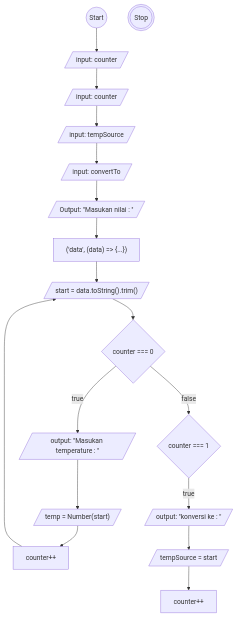
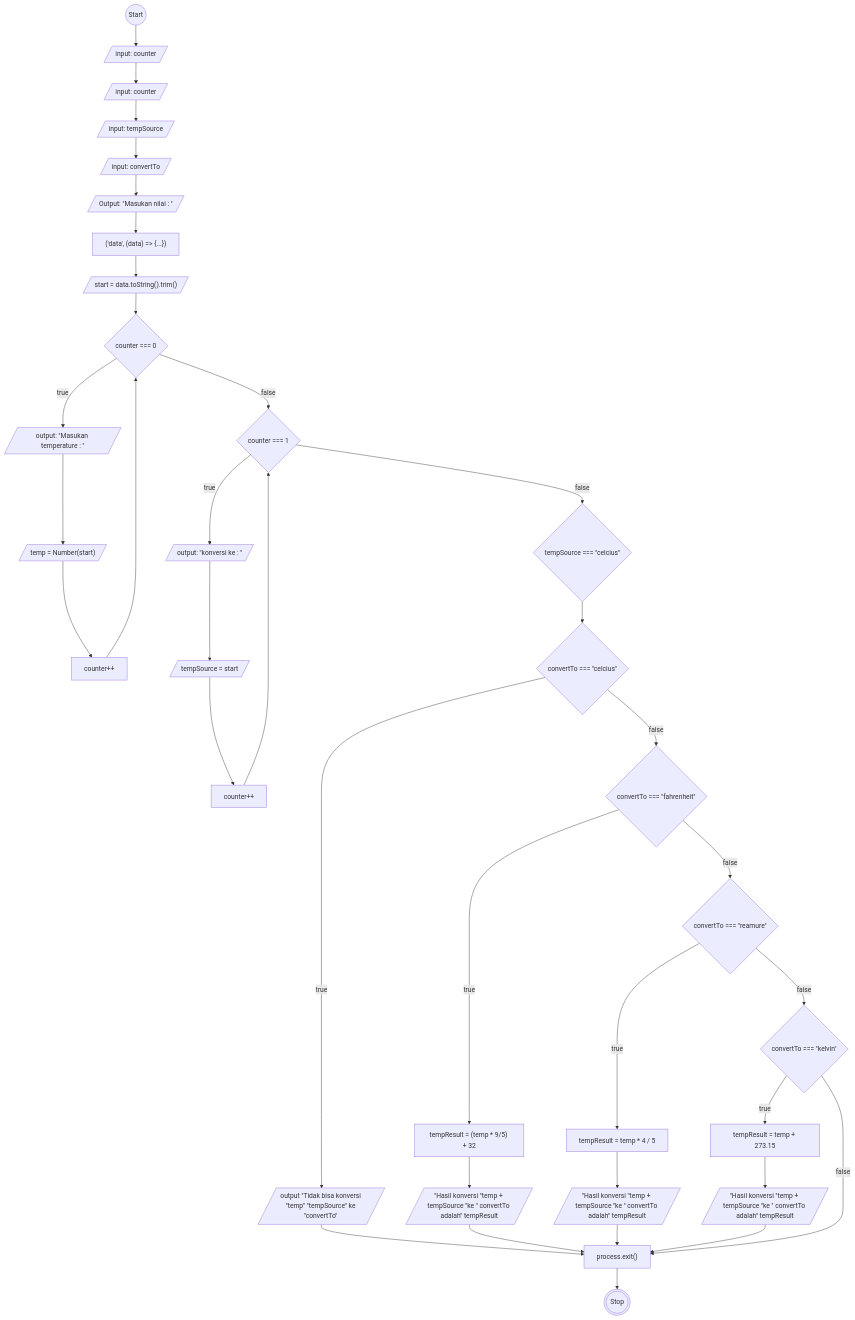
Before and after one commit to AbiPasundan/koda-b6-homework2: the diagram in konversi-suhu/task.md, drawn with Mermaid.

````diff
--- a/konversi-suhu/task.md
+++ b/konversi-suhu/task.md
@@ -5,37 +5,79 @@
 ```mermaid
     flowchart TB
         Start@{ shape: circ, label: "Start"}
 
         counter@{ shape: lean-r, label: "input: counter"}
         temperature@{ shape: lean-r, label: "input: counter"}
         tempSource@{ shape: lean-r, label: "input: tempSource"}
         convertTo@{ shape: lean-r, label: "input: convertTo"}
         firstPrint@{ shape: lean-r, label: "Output: ''Masukan nilai : ''"}
 
         %% PROSES BAKALAN PENTING !!!
         proccess@{ shape: rect, label: "('data', (data) => {...})"}
 
         starting@{ shape: lean-r, label: "start = data.toString().trim()"}
 
         %% CONDITION
         %% Counter 0
         counter0@{ shape: diamond, label: "counter === 0"}
         counter0True@{ shape: lean-r, label: "output: ''Masukan temperature : ''"}
         temp0@{ shape: lean-r, label: "temp = Number(start)"}
         counterInc0@{ shape: rect, label: "counter++"}
 
         %% COUNTER 1
         counter1@{ shape: diamond, label: "counter === 1"}
         counter1True@{ shape: lean-r, label: "output: ''konversi ke : ''"}
         temp1@{ shape: lean-r, label: "tempSource = start"}
         counterInc1@{ shape: rect, label: "counter++"}
-        %% temp = Number(start)
+
+
+        
+        %%tempSource == celcius  
+        celcius@{ shape: diamond, label: "tempSource === ''celcius''"}
+        %%ctc
+        ctc@{ shape: diamond, label: "convertTo === ''celcius''"}
+        ctcPrint@{ shape: lean-r, label: "output ''Tidak bisa konversi ''temp'' ''tempSource'' ke ''convertTo'' "}
+        %%ctf
+        ctf@{ shape: diamond, label: "convertTo === ''fahrenheit''"}
+        ctfTrue@{ shape: rect, label: "tempResult = (temp * 9/5) + 32"}
+        ctfPrint@{ shape: lean-r, label: "''Hasil konversi ''temp + tempSource ''ke '' convertTo adalah'' tempResult"}
+        %%ctr
+        ctr@{ shape: diamond, label: "convertTo === ''reamure''"}
+        ctrTrue@{ shape: rect, label: "tempResult = temp * 4 / 5"}
+        ctrPrint@{ shape: lean-r, label: "''Hasil konversi ''temp + tempSource ''ke '' convertTo adalah'' tempResult"}
+        %%ctk
+        ctk@{ shape: diamond, label: "convertTo === ''kelvin''"}
+        ctkTrue@{ shape: rect, label: "tempResult = temp + 273.15"}
+        ctkPrint@{ shape: lean-r, label: "''Hasil konversi ''temp + tempSource ''ke '' convertTo adalah'' tempResult"}
+
+        %%tempSource == fahrenheit  
+        %%fahrenheit@{ shape: diamond, label: "tempSource === ''fahrenheit''"}
+        %%tempSource == fahrenheit  
+        %%reamure@{ shape: diamond, label: "tempSource === ''reamure''"}
+        %%tempSource == kelvin  
+        %%kelvin@{ shape: diamond, label: "tempSource === ''kelvin''"}
+
+        %% EXIT BEFORE STOP
+        processExit@{ shape: rect, label: "process.exit()"}
 
         %% sambungna Start dan counter 0
-        Start-->counter-->temperature-->tempSource-->convertTo-->firstPrint-->proccess-->starting-->counter0-->|true|counter0True-->temp0-->counterInc0-->starting
+        Start-->counter-->temperature-->tempSource-->convertTo-->firstPrint-->proccess-->starting-->counter0-->|true|counter0True-->temp0-->counterInc0-->counter0
         %% sambungna Start dan counter 1
-        counter0-->|false|counter1-->|true|counter1True-->temp1-->counterInc1
+        counter0-->|false|counter1-->|true|counter1True-->temp1-->counterInc1-->counter1
+        %% sambungan celcius
+        %% ctc
+        counter1-->|false|celcius-->ctc-->|true|ctcPrint-->processExit-->Stop
+        %%ctf
+        ctc-->|false|ctf-->|true|ctfTrue-->ctfPrint-->processExit
+        %%ctr
+        ctf-->|false|ctr-->|true|ctrTrue-->ctrPrint-->processExit
+        %% ctk
+        ctr-->|false|ctk-->|true|ctkTrue-->ctkPrint-->processExit
+        ctk-->|false|processExit
+
+        %% Exit
+        %%counter1-->|false|processExit-->Stop
 
         Stop@{ shape: dbl-circ, label: "Stop"}
 
 ```
````
